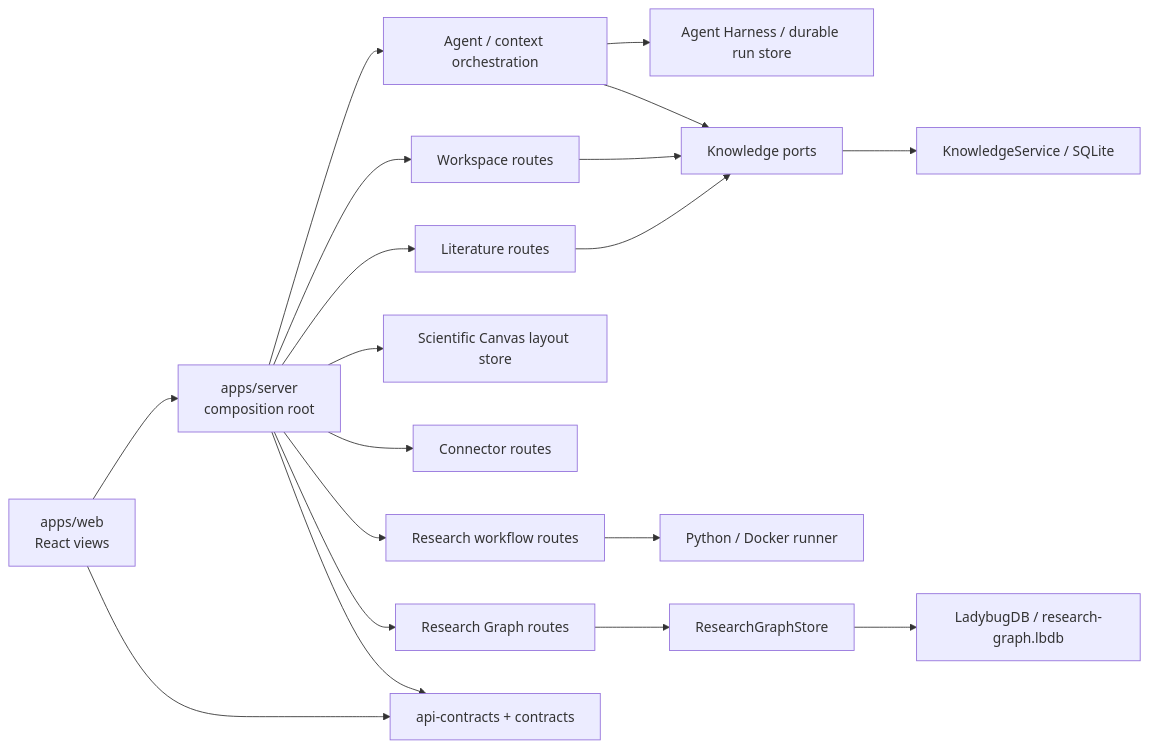
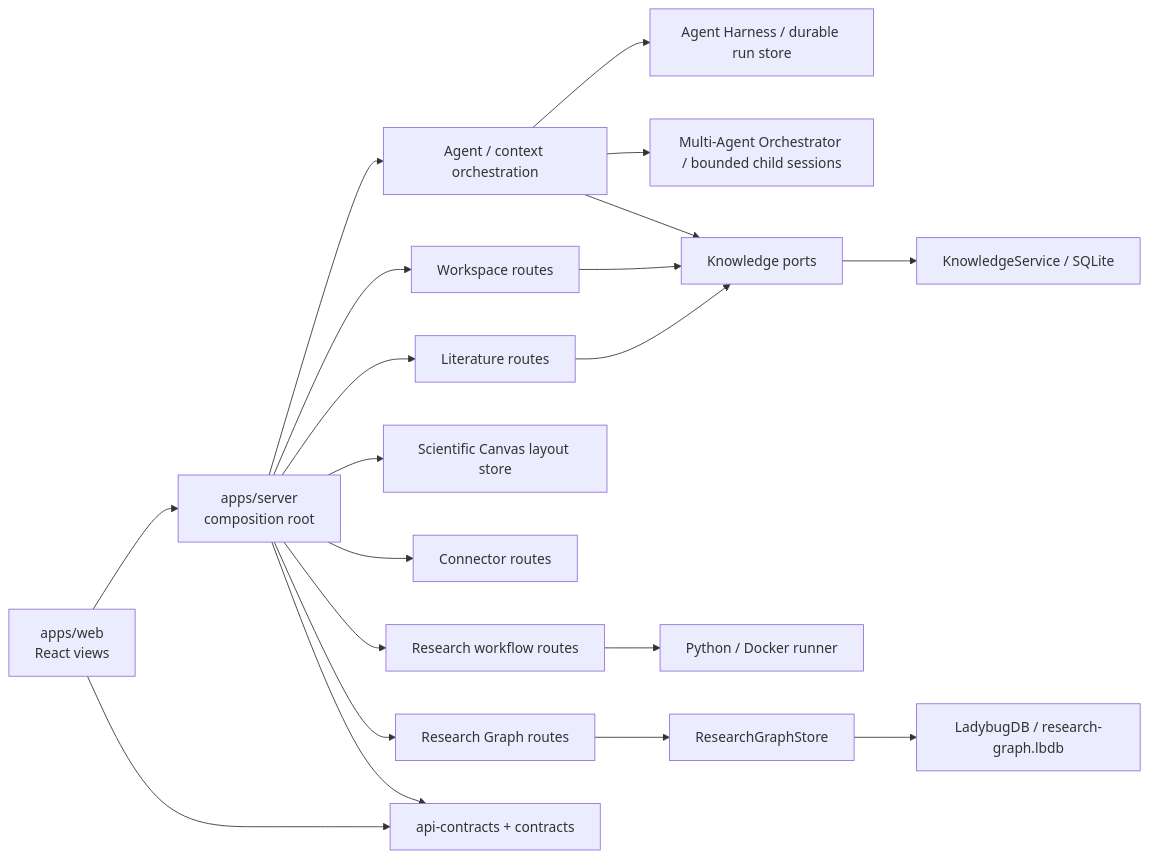
Before and after one commit to Lelexi-max/xiling-os: the diagram in docs/architecture/modular-monolith.md, drawn with Mermaid. The commit also changed other lines of this file and 78 other files, not shown here.

````diff
--- a/docs/architecture/modular-monolith.md
+++ b/docs/architecture/modular-monolith.md
@@ -7,21 +7,22 @@
 ```mermaid
 flowchart LR
   WEB["apps/web\nReact views"] --> API["apps/server\ncomposition root"]
   API --> AGENT["Agent / context orchestration"]
   AGENT --> HARNESS["Agent Harness / durable run store"]
+  AGENT --> MULTI["Multi-Agent Orchestrator / bounded child sessions"]
   API --> WORKSPACE["Workspace routes"]
   API --> LITERATURE["Literature routes"]
   API --> LAYOUT["Scientific Canvas layout store"]
   API --> CONNECTORS["Connector routes"]
   API --> WORKFLOWS["Research workflow routes"]
   API --> RGAPI["Research Graph routes"]
   WORKFLOWS --> RUNNER["Python / Docker runner"]
   AGENT --> PORTS["Knowledge ports"]
   WORKSPACE --> PORTS
   LITERATURE --> PORTS
   PORTS --> SQLITE["KnowledgeService / SQLite"]
   RGAPI --> RGPORT["ResearchGraphStore"]
   RGPORT --> LADYBUG["LadybugDB / research-graph.lbdb"]
   API --> CONTRACTS["api-contracts + contracts"]
   WEB --> CONTRACTS
 ```
````
